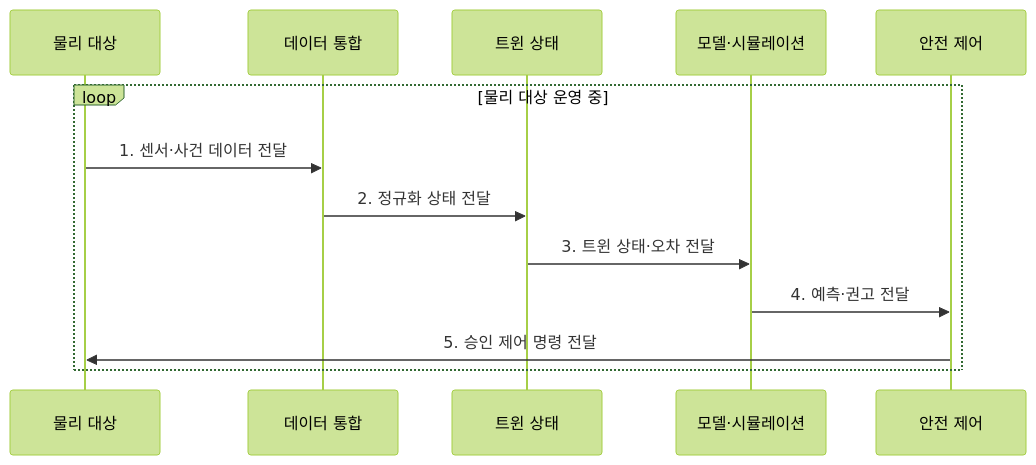
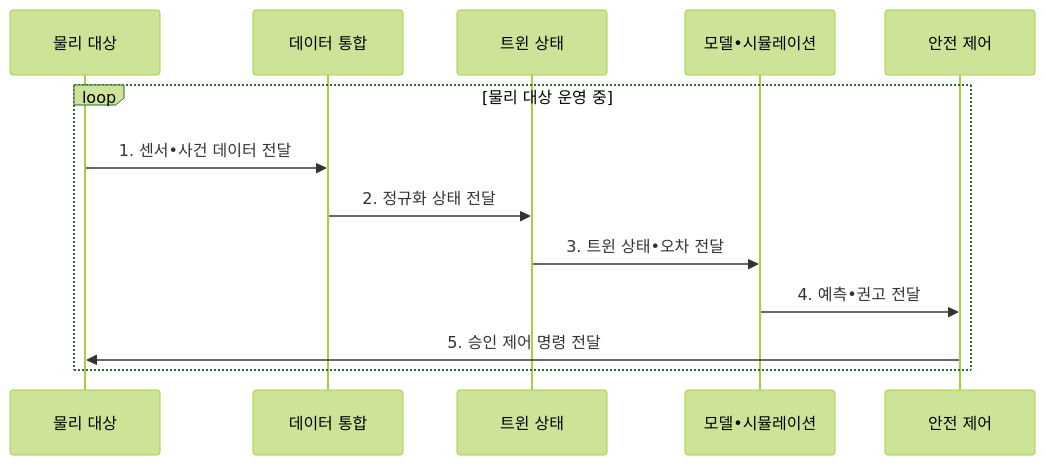
One commit to agnusdei1207/knowledge-base changed the second of 2 diagrams in src/content/docs/notes/08-latest-tech/200_digital_twin.md. Above: the diagram before and after it, drawn with Mermaid (forest theme). The commit also changed other lines of this file and 953 other files, not shown here.

````diff
--- a/src/content/docs/notes/08-latest-tech/200_digital_twin.md
+++ b/src/content/docs/notes/08-latest-tech/200_digital_twin.md
@@ -102,15 +102,15 @@
 ```mermaid
 sequenceDiagram
   participant P as 물리 대상
   participant I as 데이터 통합
   participant T as 트윈 상태
-  participant M as 모델·시뮬레이션
+  participant M as 모델•시뮬레이션
   participant C as 안전 제어
   loop 물리 대상 운영 중
-    P->>I: 1. 센서·사건 데이터 전달
+    P->>I: 1. 센서•사건 데이터 전달
     I->>T: 2. 정규화 상태 전달
-    T->>M: 3. 트윈 상태·오차 전달
-    M->>C: 4. 예측·권고 전달
+    T->>M: 3. 트윈 상태•오차 전달
+    M->>C: 4. 예측•권고 전달
     C->>P: 5. 승인 제어 명령 전달
   end
 ```
````
